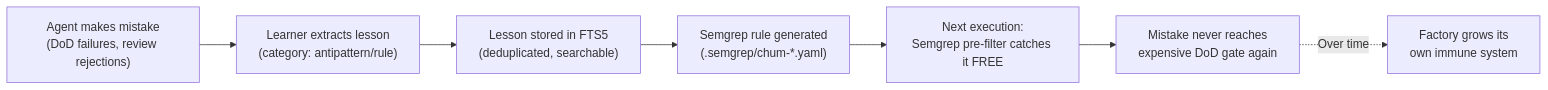
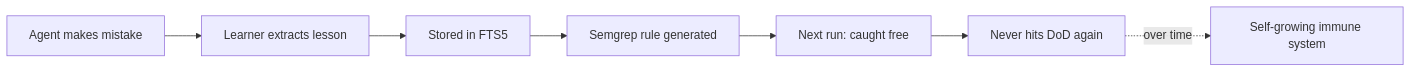
The fifth of 5 diagrams in docs/architecture/ARCHITECTURE.md (Heikkila-Pty-Ltd/cortex), drawn with Mermaid before and after one commit. The commit also changed other lines of this file and 4 other files, not shown here.

First line of the commit message:
docs: simplify mermaid diagrams — remove HTML tags, reduce node density

````diff
--- a/docs/architecture/ARCHITECTURE.md
+++ b/docs/architecture/ARCHITECTURE.md
@@ -154,9 +139,9 @@
 ```mermaid
 graph LR
-    A["Agent makes mistake<br/>(DoD failures, review rejections)"] --> B["Learner extracts lesson<br/>(category: antipattern/rule)"]
-    B --> C["Lesson stored in FTS5<br/>(deduplicated, searchable)"]
-    C --> D["Semgrep rule generated<br/>(.semgrep/chum-*.yaml)"]
-    D --> E["Next execution:<br/>Semgrep pre-filter catches it FREE"]
-    E --> F["Mistake never reaches<br/>expensive DoD gate again"]
-    F -.->|"Over time"| G["Factory grows its<br/>own immune system"]
+    A["Agent makes mistake"] --> B["Learner extracts lesson"]
+    B --> C["Stored in FTS5"]
+    C --> D["Semgrep rule generated"]
+    D --> E["Next run: caught free"]
+    E --> F["Never hits DoD again"]
+    F -.->|over time| G["Self-growing immune system"]
 ```
````
